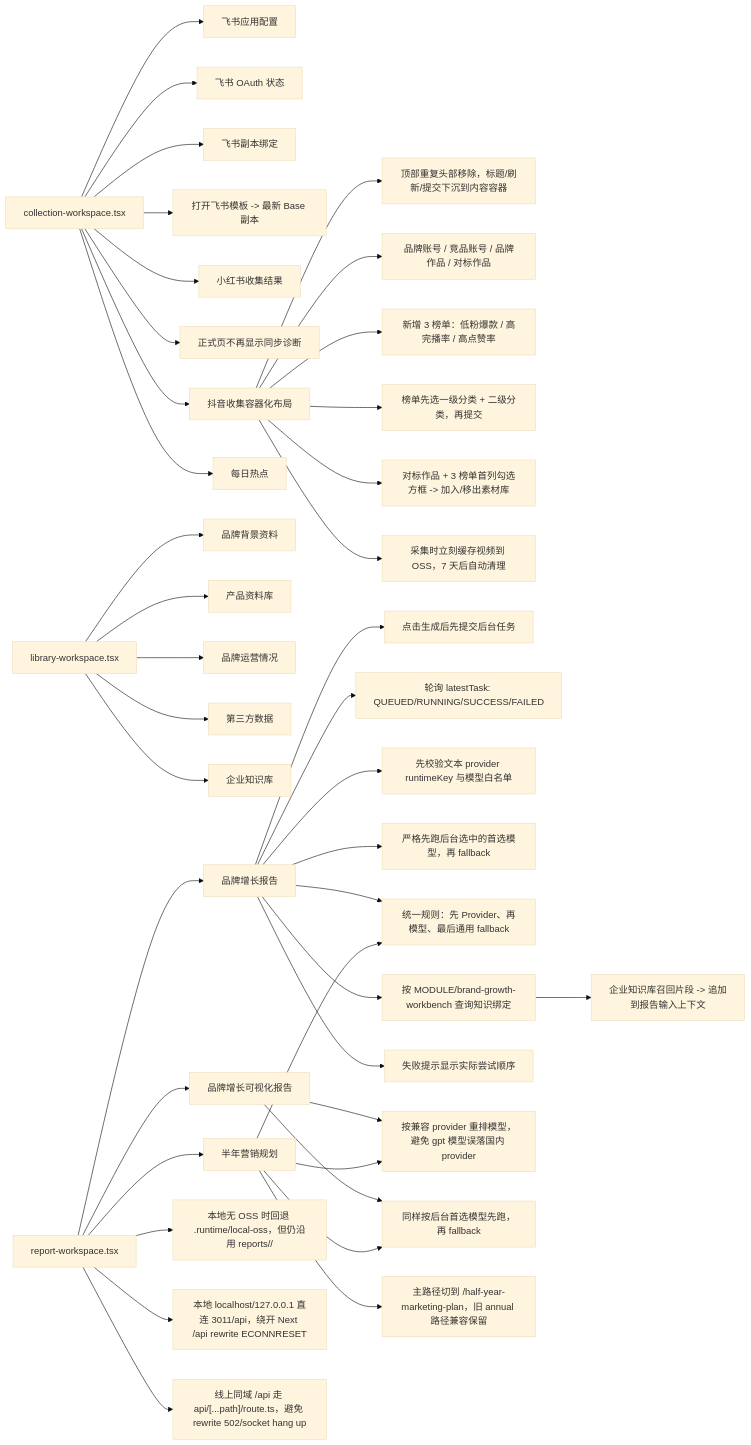
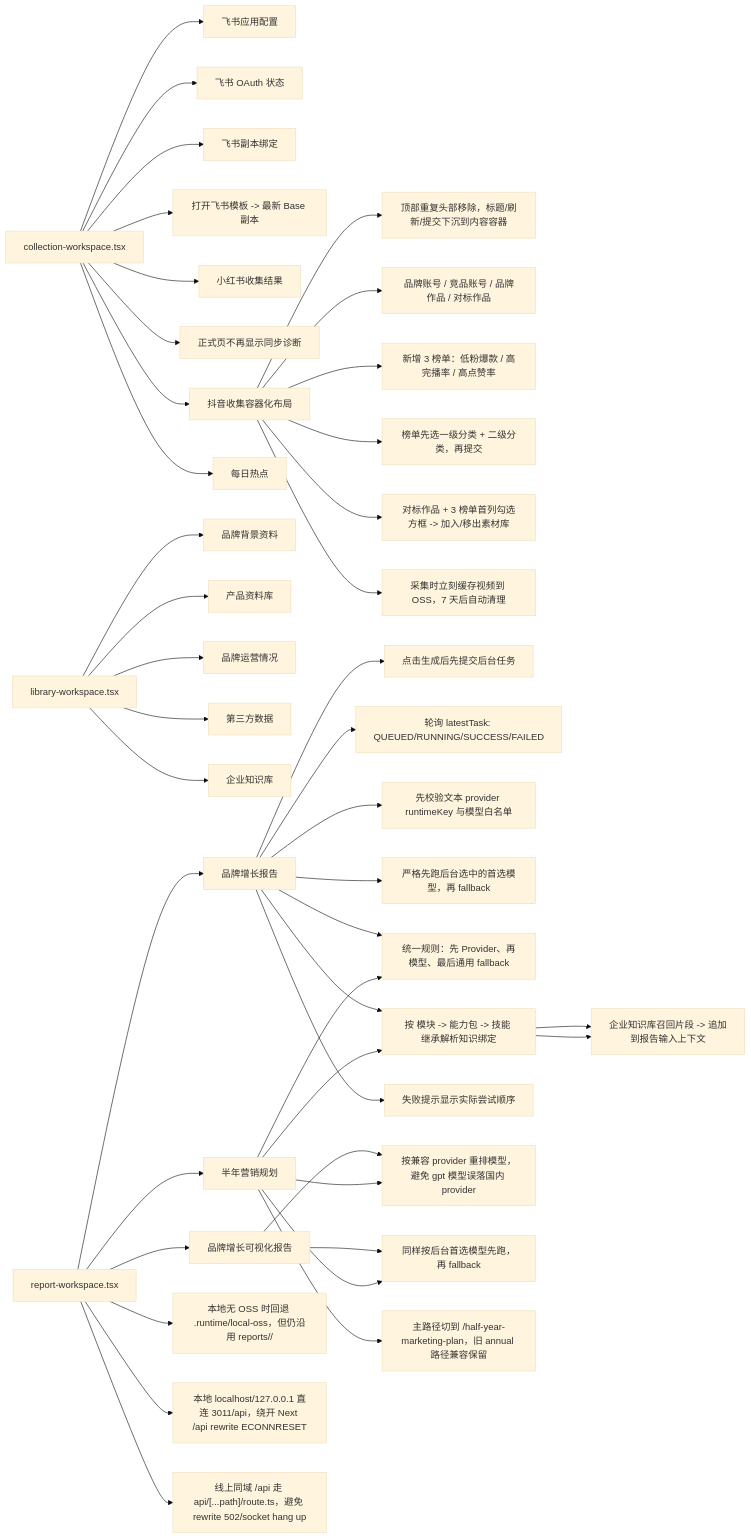
The fourth of 14 diagrams in docs/site-map-mermaid.md (Depthukesh/ai-omni-ops-system), drawn with Mermaid (base theme) before and after one commit. The commit also changed other lines of this file and 9 other files, not shown here.

````diff
--- a/docs/site-map-mermaid.md
+++ b/docs/site-map-mermaid.md
@@ -195,47 +195,49 @@
 ```mermaid
 flowchart LR
     A["collection-workspace.tsx"]
     A --> A1["飞书应用配置"]
     A --> A2["飞书 OAuth 状态"]
     A --> A3["飞书副本绑定"]
     A --> A31["打开飞书模板 -> 最新 Base 副本"]
     A --> A4["小红书收集结果"]
     A --> A41["正式页不再显示同步诊断"]
     A --> A6["抖音收集容器化布局"]
     A6 --> A61["顶部重复头部移除，标题/刷新/提交下沉到内容容器"]
     A6 --> A62["品牌账号 / 竞品账号 / 品牌作品 / 对标作品"]
     A6 --> A63["新增 3 榜单：低粉爆款 / 高完播率 / 高点赞率"]
     A6 --> A64["榜单先选一级分类 + 二级分类，再提交"]
     A6 --> A65["对标作品 + 3 榜单首列勾选方框 -> 加入/移出素材库"]
     A6 --> A66["采集时立刻缓存视频到 OSS，7 天后自动清理"]
     A --> A5["每日热点"]
 
     B["library-workspace.tsx"]
     B --> B1["品牌背景资料"]
     B --> B2["产品资料库"]
     B --> B3["品牌运营情况"]
     B --> B4["第三方数据"]
     B --> B5["企业知识库"]
 
     C["report-workspace.tsx"]
     C --> C1["品牌增长报告"]
     C --> C2["品牌增长可视化报告"]
     C --> C3["半年营销规划"]
     C1 --> C10["点击生成后先提交后台任务"]
     C1 --> C11["轮询 latestTask: QUEUED/RUNNING/SUCCESS/FAILED"]
     C1 --> C12["先校验文本 provider runtimeKey 与模型白名单"]
     C1 --> C17["严格先跑后台选中的首选模型，再 fallback"]
     C1 --> C21["统一规则：先 Provider、再模型、最后通用 fallback"]
-    C1 --> C22["按 MODULE/brand-growth-workbench 查询知识绑定"]
+    C1 --> C22["按 模块 -> 能力包 -> 技能 继承解析知识绑定"]
     C22 --> C23["企业知识库召回片段 -> 追加到报告输入上下文"]
     C1 --> C18["失败提示显示实际尝试顺序"]
     C2 --> C13["忽略不兼容的图像 provider，回退国内文本 provider"]
     C2 --> C19["同样按后台首选模型先跑，再 fallback"]
     C3 --> C13["按兼容 provider 重排模型，避免 gpt 模型误落国内 provider"]
     C3 --> C20["主路径切到 /half-year-marketing-plan，旧 annual 路径兼容保留"]
     C3 --> C21
     C3 --> C19
+    C3 --> C22
+    C22 --> C23
     C --> C14["本地无 OSS 时回退 .runtime/local-oss，但仍沿用 reports/<brandId>/<fileName>"]
     C --> C15["本地 localhost/127.0.0.1 直连 3011/api，绕开 Next /api rewrite ECONNRESET"]
     C --> C16["线上同域 /api 走 api/[...path]/route.ts，避免 rewrite 502/socket hang up"]
 ```
````
